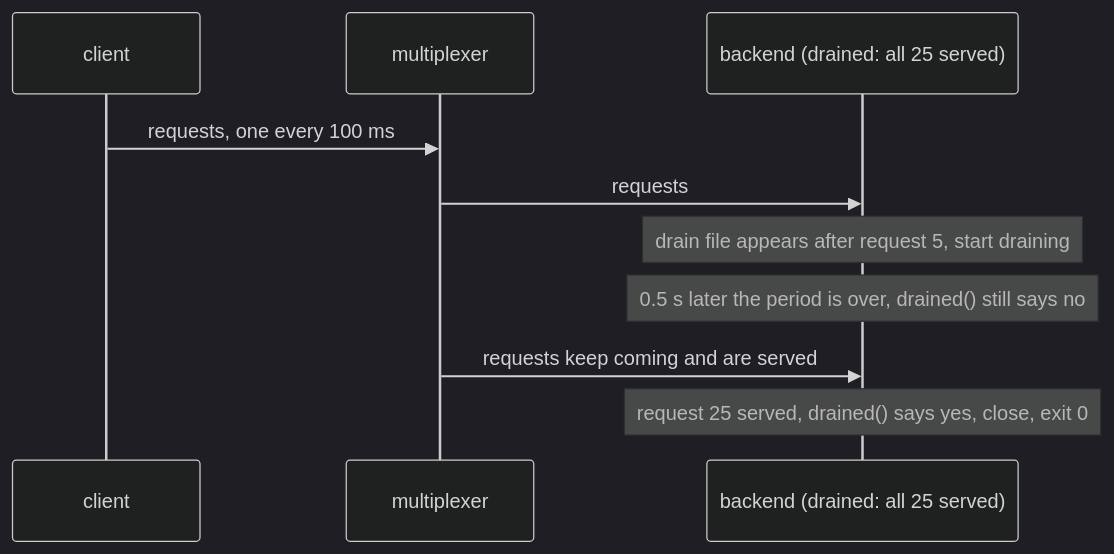
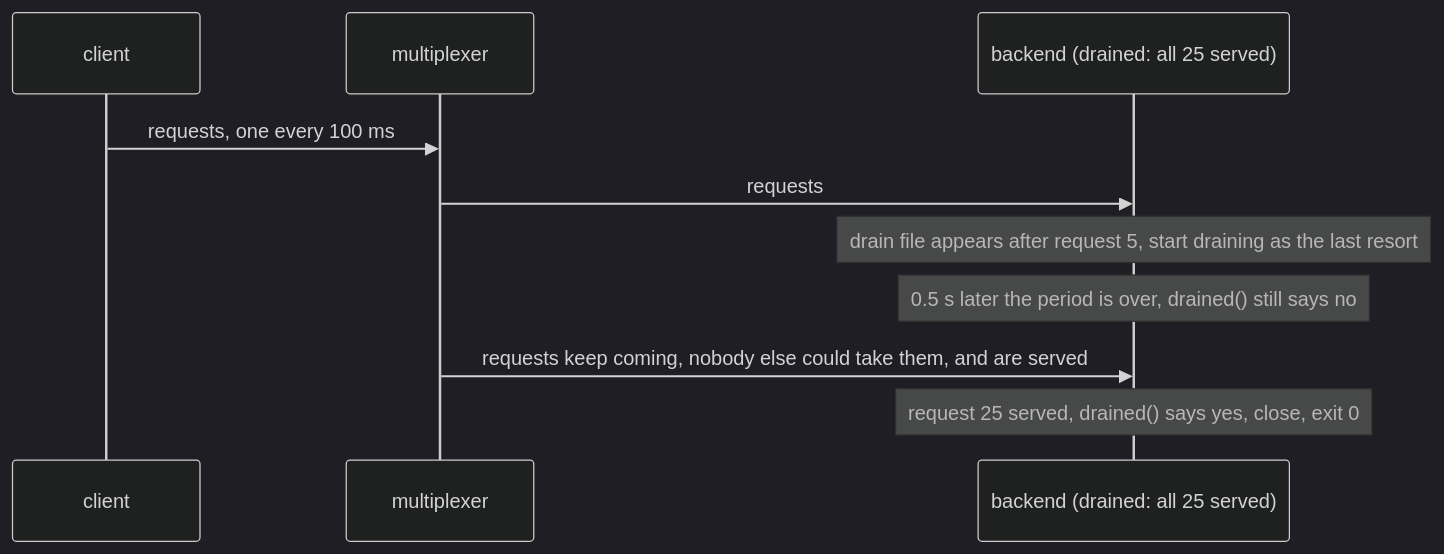
Before and after one commit to kulewski/multiplexer: the diagram in tests/scenarios/backend_drains_until_done/README.md, drawn with Mermaid (dark theme). The commit also changed other lines of this file and 74 other files, not shown here.

````diff
--- a/tests/scenarios/backend_drains_until_done/README.md
+++ b/tests/scenarios/backend_drains_until_done/README.md
@@ -12,12 +14,12 @@
 ```mermaid
 sequenceDiagram
     participant C as client
     participant M as multiplexer
     participant B as backend (drained: all 25 served)
     C->>M: requests, one every 100 ms
     M->>B: requests
-    Note over B: drain file appears after request 5, start draining
+    Note over B: drain file appears after request 5, start draining as the last resort
     Note over B: 0.5 s later the period is over, drained() still says no
-    M->>B: requests keep coming and are served
+    M->>B: requests keep coming, nobody else could take them, and are served
     Note over B: request 25 served, drained() says yes, close, exit 0
 ```
````
